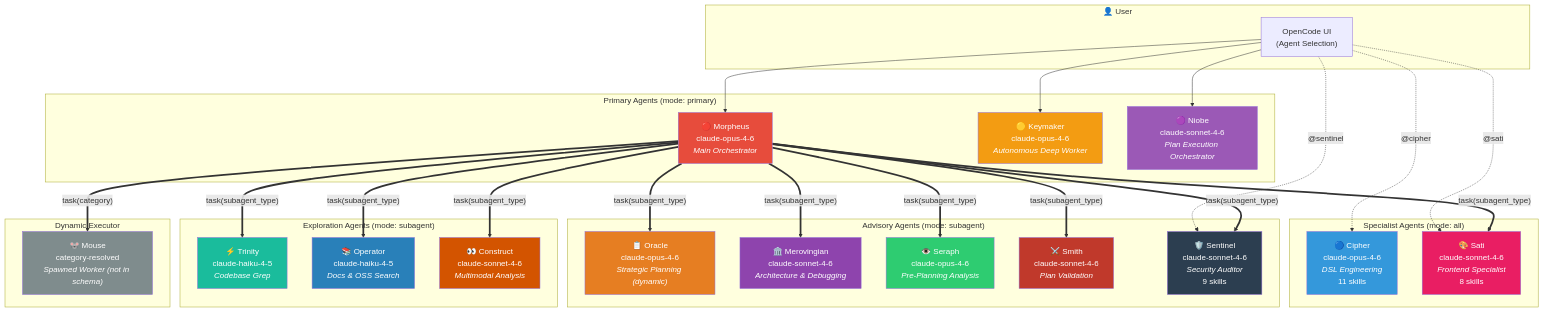
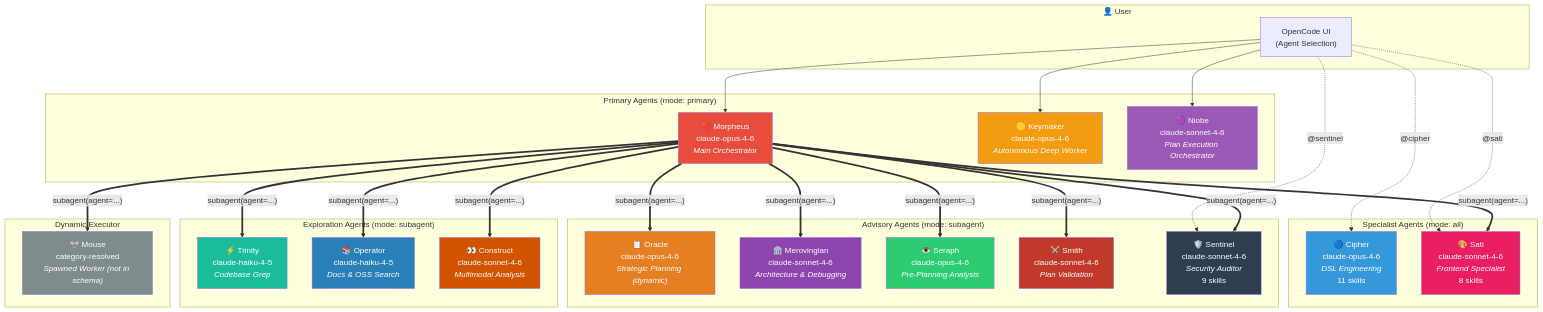
One commit to klpanagi/opencode-matrixx-2 changed the first of 7 diagrams in docs/agents.md. Above: the diagram before and after it, drawn with Mermaid. The commit also changed other lines of this file and 27 other files, not shown here.

````diff
--- a/docs/agents.md
+++ b/docs/agents.md
@@ -389,68 +388,68 @@
 ```mermaid
 graph TB
     subgraph USER["👤 User"]
         UI["OpenCode UI<br/>(Agent Selection)"]
     end
 
     subgraph PRIMARY["Primary Agents (mode: primary)"]
         MOR["🔴 Morpheus<br/>claude-opus-4-6<br/><i>Main Orchestrator</i>"]
         KEY["🟡 Keymaker<br/>claude-opus-4-6<br/><i>Autonomous Deep Worker</i>"]
         ARC["🟣 Niobe<br/>claude-sonnet-4-6<br/><i>Plan Execution Orchestrator</i>"]
     end
 
     subgraph SPECIALIST["Specialist Agents (mode: all)"]
         CIP["🔵 Cipher<br/>claude-opus-4-6<br/><i>DSL Engineering</i><br/>11 skills"]
         SAT["🎨 Sati<br/>claude-sonnet-4-6<br/><i>Frontend Specialist</i><br/>8 skills"]
     end
 
     subgraph ADVISORS["Advisory Agents (mode: subagent)"]
         ORA["📋 Oracle<br/>claude-opus-4-6<br/><i>Strategic Planning (dynamic)</i>"]
         MER["🏛️ Merovingian<br/>claude-sonnet-4-6<br/><i>Architecture & Debugging</i>"]
         SER["👁️ Seraph<br/>claude-opus-4-6<br/><i>Pre-Planning Analysis</i>"]
         SMI["⚔️ Smith<br/>claude-sonnet-4-6<br/><i>Plan Validation</i>"]
         SEN["🛡️ Sentinel<br/>claude-sonnet-4-6<br/><i>Security Auditor</i><br/>9 skills"]
     end
 
     subgraph EXPLORERS["Exploration Agents (mode: subagent)"]
         TRI["⚡ Trinity<br/>claude-haiku-4-5<br/><i>Codebase Grep</i>"]
         OPR["📚 Operator<br/>claude-haiku-4-5<br/><i>Docs & OSS Search</i>"]
         CON["👀 Construct<br/>claude-sonnet-4-6<br/><i>Multimodal Analysis</i>"]
     end
 
     subgraph EXECUTOR["Dynamic Executor"]
         MOU["🐭 Mouse<br/>category-resolved<br/><i>Spawned Worker (not in schema)</i>"]
     end
 
     UI --> MOR
     UI --> KEY
     UI --> ARC
     UI -.->|"@cipher"| CIP
     UI -.->|"@sati"| SAT
     UI -.->|"@sentinel"| SEN
 
-    MOR ==>|"task(subagent_type)"| ORA
-    MOR ==>|"task(subagent_type)"| MER
-    MOR ==>|"task(subagent_type)"| SER
-    MOR ==>|"task(subagent_type)"| SMI
-    MOR ==>|"task(subagent_type)"| SAT
-    MOR ==>|"task(subagent_type)"| SEN
-    MOR ==>|"task(subagent_type)"| TRI
-    MOR ==>|"task(subagent_type)"| OPR
-    MOR ==>|"task(subagent_type)"| CON
-    MOR ==>|"task(category)"| MOU
+    MOR ==>|"subagent(agent=...)"| ORA
+    MOR ==>|"subagent(agent=...)"| MER
+    MOR ==>|"subagent(agent=...)"| SER
+    MOR ==>|"subagent(agent=...)"| SMI
+    MOR ==>|"subagent(agent=...)"| SAT
+    MOR ==>|"subagent(agent=...)"| SEN
+    MOR ==>|"subagent(agent=...)"| TRI
+    MOR ==>|"subagent(agent=...)"| OPR
+    MOR ==>|"subagent(agent=...)"| CON
+    MOR ==>|"subagent(agent=...)"| MOU
 
     style MOR fill:#e74c3c,color:#fff
     style KEY fill:#f39c12,color:#fff
     style ARC fill:#9b59b6,color:#fff
     style CIP fill:#3498db,color:#fff
     style ORA fill:#e67e22,color:#fff
     style MER fill:#8e44ad,color:#fff
     style SER fill:#2ecc71,color:#fff
     style SMI fill:#c0392b,color:#fff
     style TRI fill:#1abc9c,color:#fff
     style OPR fill:#2980b9,color:#fff
     style CON fill:#d35400,color:#fff
     style SAT fill:#e91e63,color:#fff
     style SEN fill:#2c3e50,color:#fff
     style MOU fill:#7f8c8d,color:#fff
 ```
````
